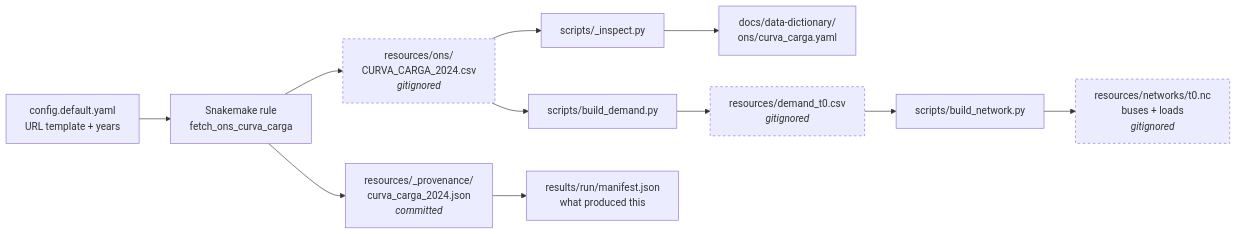
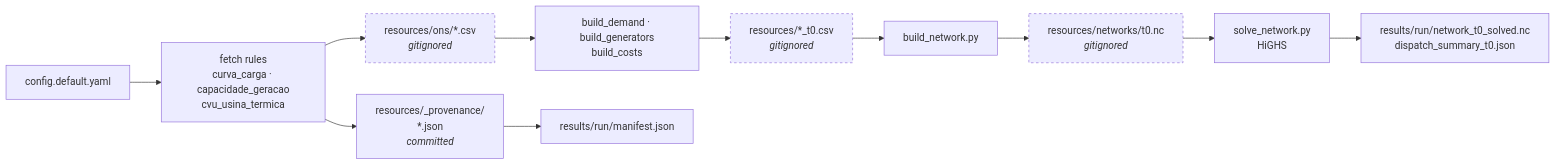
One commit to leonardovbonatto/pypsa-meets-brazil changed the first of 12 diagrams in docs/STACK.md. Above: the diagram before and after it, drawn with Mermaid. The commit also changed other lines of this file and 9 other files, not shown here.

````diff
--- a/docs/STACK.md
+++ b/docs/STACK.md
@@ -49,17 +51,17 @@
 ```mermaid
 flowchart LR
-    A["config.default.yaml<br/>URL template + years"] --> B["Snakemake rule<br/>fetch_ons_curva_carga"]
-    B --> C["resources/ons/<br/>CURVA_CARGA_2024.csv<br/><i>gitignored</i>"]
-    B --> D["resources/_provenance/<br/>curva_carga_2024.json<br/><i>committed</i>"]
-    C --> E["scripts/_inspect.py"]
-    E --> F["docs/data-dictionary/<br/>ons/curva_carga.yaml"]
-    C --> H["scripts/build_demand.py"]
-    H --> I["resources/demand_t0.csv<br/><i>gitignored</i>"]
-    I --> J["scripts/build_network.py"]
-    J --> K["resources/networks/t0.nc<br/>buses + loads<br/><i>gitignored</i>"]
-    D --> G["results/run/manifest.json<br/>what produced this"]
+    A["config.default.yaml"] --> B["fetch rules<br/>curva_carga · capacidade_geracao<br/>cvu_usina_termica"]
+    B --> C["resources/ons/*.csv<br/><i>gitignored</i>"]
+    B --> D["resources/_provenance/<br/>*.json<br/><i>committed</i>"]
+    C --> E["build_demand · build_generators<br/>build_costs"]
+    E --> F["resources/*_t0.csv<br/><i>gitignored</i>"]
+    F --> J["build_network.py"]
+    J --> K["resources/networks/t0.nc<br/><i>gitignored</i>"]
+    K --> L["solve_network.py<br/>HiGHS"]
+    L --> M["results/run/network_t0_solved.nc<br/>dispatch_summary_t0.json"]
+    D --> G["results/run/manifest.json"]
 
     style C stroke-dasharray: 4 4
-    style I stroke-dasharray: 4 4
+    style F stroke-dasharray: 4 4
     style K stroke-dasharray: 4 4
 ```
````
